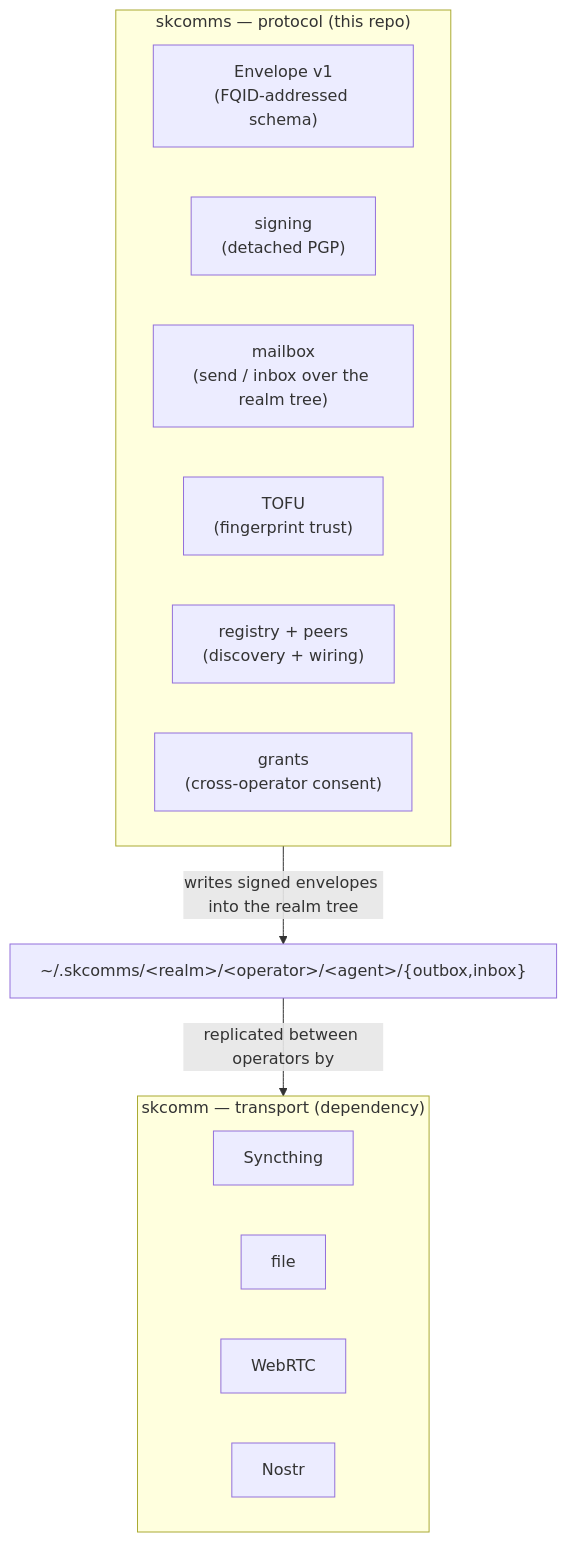
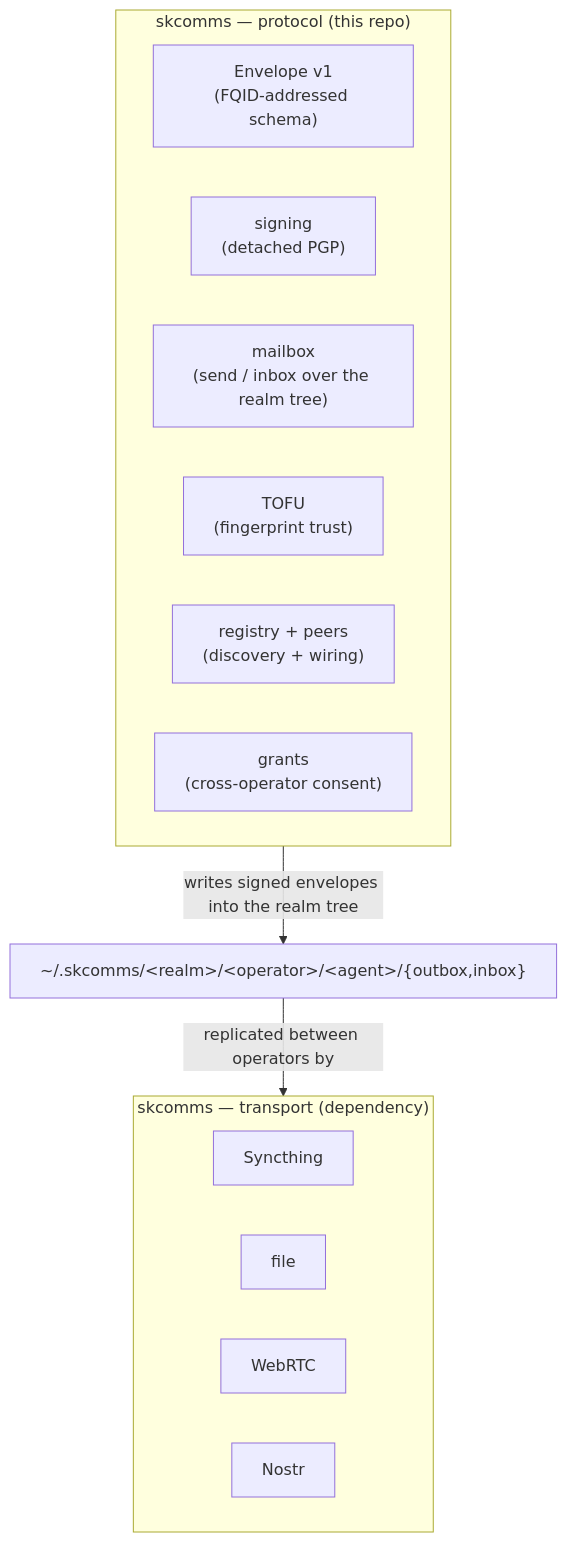
Before and after one commit to smilinTux/skcomms: the first of 8 diagrams in docs/ARCHITECTURE.md, drawn with Mermaid. The commit also changed other lines of this file and 53 other files, not shown here.

Commit message:
refactor: rename SKComm class + SKCOMM_* env + skcomm refs → skcomms (back-compat alias kept)

````diff
--- a/docs/ARCHITECTURE.md
+++ b/docs/ARCHITECTURE.md
@@ -18,19 +18,19 @@
 ```mermaid
 flowchart TD
     subgraph PROTO["skcomms — protocol (this repo)"]
       ENV["Envelope v1<br/>(FQID-addressed schema)"]
       SIG["signing<br/>(detached PGP)"]
       MBX["mailbox<br/>(send / inbox over the realm tree)"]
       TOFU["TOFU<br/>(fingerprint trust)"]
       REG["registry + peers<br/>(discovery + wiring)"]
       GRANT["grants<br/>(cross-operator consent)"]
     end
-    subgraph TRANS["skcomm — transport (dependency)"]
+    subgraph TRANS["skcomms — transport (dependency)"]
       ST["Syncthing"]
       FILE["file"]
       WRTC["WebRTC"]
       NOSTR["Nostr"]
     end
     PROTO -->|"writes signed envelopes into the realm tree"| FS["~/.skcomms/&lt;realm&gt;/&lt;operator&gt;/&lt;agent&gt;/{outbox,inbox}"]
     FS -->|"replicated between operators by"| TRANS
 ```
````
